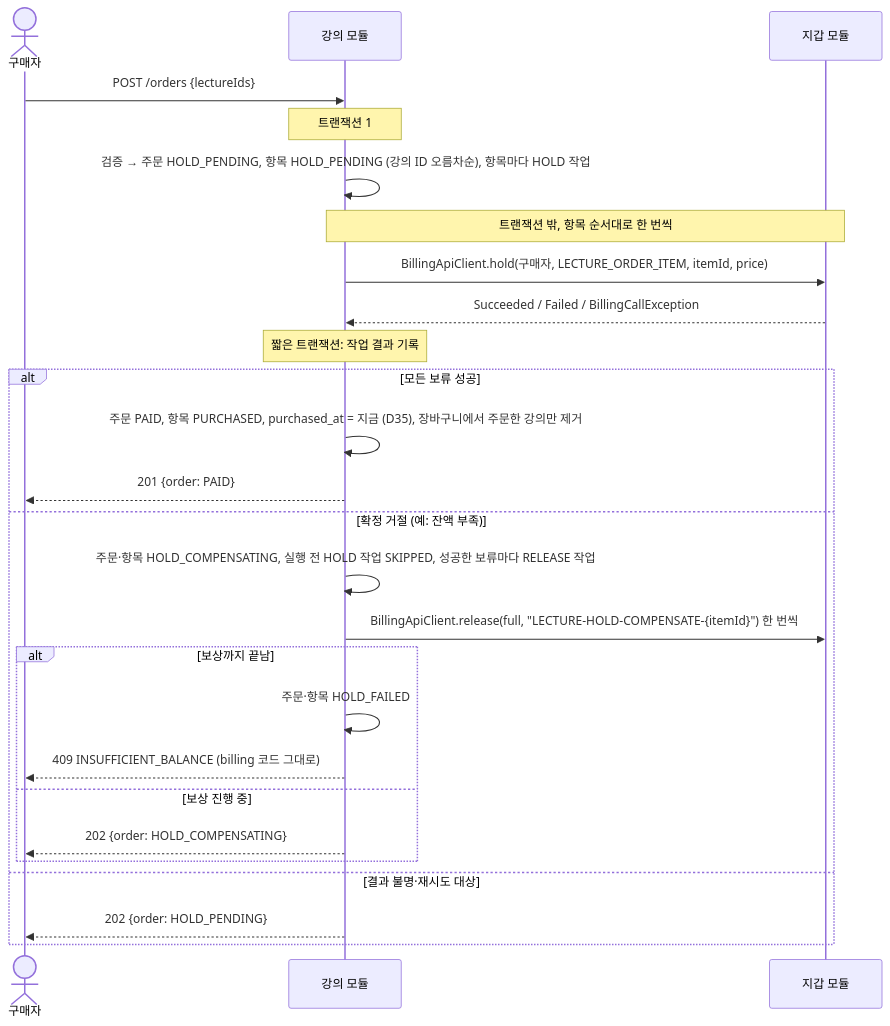
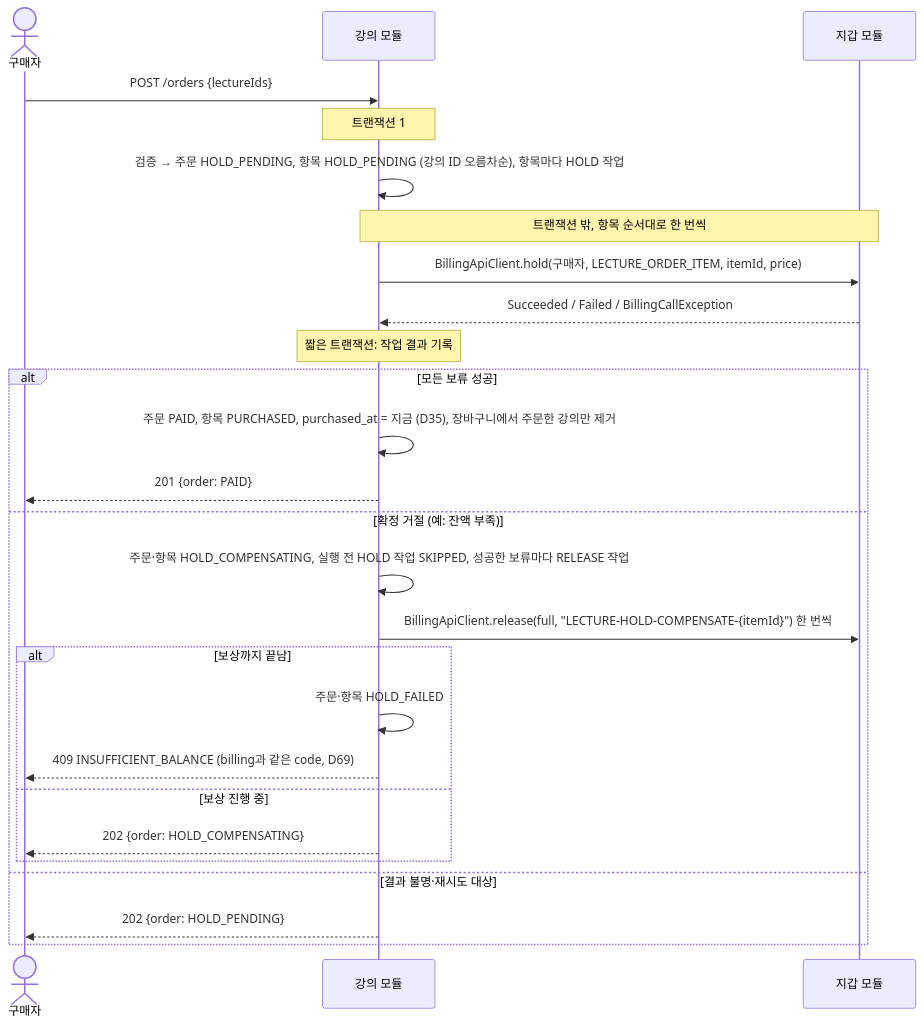
Before and after one commit to prgrms-be-adv-devcourse/beadv8_8_LMS_BE: the first of 5 diagrams in docs/lecture/integration.md, drawn with Mermaid. The commit also changed other lines of this file and 5 other files, not shown here.

````diff
--- a/docs/lecture/integration.md
+++ b/docs/lecture/integration.md
@@ -203,28 +203,28 @@
 ```mermaid
 sequenceDiagram
     actor B as 구매자
     participant LEC as 강의 모듈
     participant WAL as 지갑 모듈
     B->>LEC: POST /orders {lectureIds}
     Note over LEC: 트랜잭션 1
     LEC->>LEC: 검증 → 주문 HOLD_PENDING, 항목 HOLD_PENDING (강의 ID 오름차순), 항목마다 HOLD 작업
     Note over LEC,WAL: 트랜잭션 밖, 항목 순서대로 한 번씩
     LEC->>WAL: BillingApiClient.hold(구매자, LECTURE_ORDER_ITEM, itemId, price)
     WAL-->>LEC: Succeeded / Failed / BillingCallException
     Note over LEC: 짧은 트랜잭션: 작업 결과 기록
     alt 모든 보류 성공
         LEC->>LEC: 주문 PAID, 항목 PURCHASED, purchased_at = 지금 (D35), 장바구니에서 주문한 강의만 제거
         LEC-->>B: 201 {order: PAID}
     else 확정 거절 (예: 잔액 부족)
         LEC->>LEC: 주문·항목 HOLD_COMPENSATING, 실행 전 HOLD 작업 SKIPPED, 성공한 보류마다 RELEASE 작업
         LEC->>WAL: BillingApiClient.release(full, "LECTURE-HOLD-COMPENSATE-{itemId}") 한 번씩
         alt 보상까지 끝남
             LEC->>LEC: 주문·항목 HOLD_FAILED
-            LEC-->>B: 409 INSUFFICIENT_BALANCE (billing 코드 그대로)
+            LEC-->>B: 409 INSUFFICIENT_BALANCE (billing과 같은 code, D69)
         else 보상 진행 중
             LEC-->>B: 202 {order: HOLD_COMPENSATING}
         end
     else 결과 불명·재시도 대상
         LEC-->>B: 202 {order: HOLD_PENDING}
     end
 ```
````
